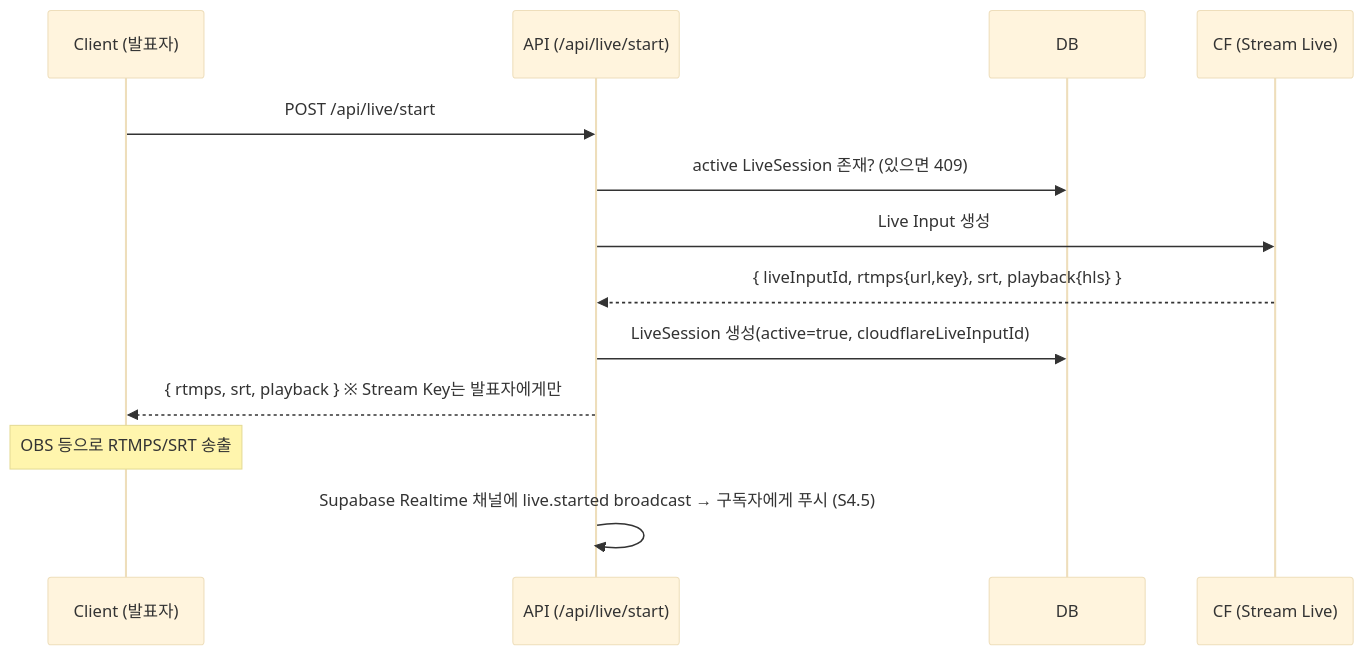
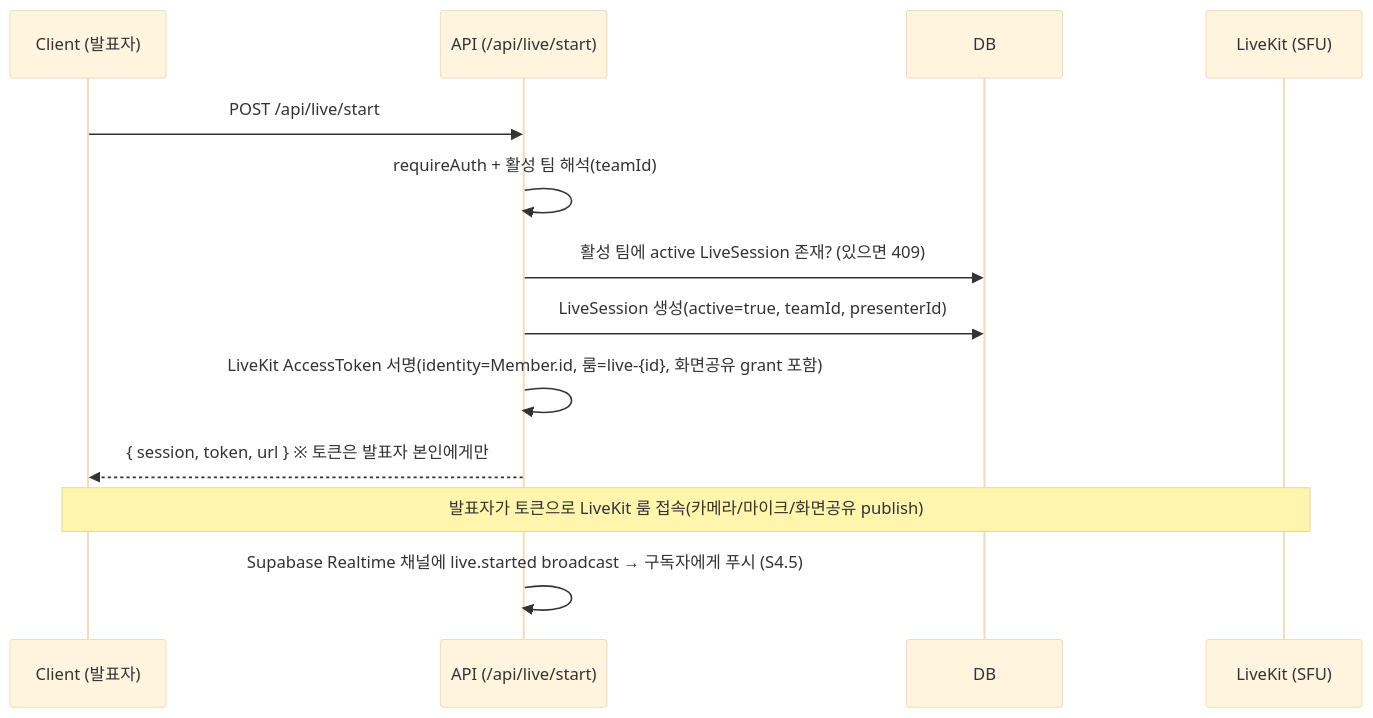
One commit to csm-kr/haparkchopaeng-workspace changed the third of 8 diagrams in docs/dev/SEQUENCE_DIAGRAM.md. Above: the diagram before and after it, drawn with Mermaid (base theme). The commit also changed other lines of this file and 18 other files, not shown here.

First line of the commit message:
docs: NEWS 탭 동기화 · LiveKit 정본화 · CLAUDE.md 작성

````diff
--- a/docs/dev/SEQUENCE_DIAGRAM.md
+++ b/docs/dev/SEQUENCE_DIAGRAM.md
@@ -67,15 +67,15 @@
 ```mermaid
 sequenceDiagram
   participant P as Client (발표자)
   participant A as API (/api/live/start)
   participant D as DB
-  participant C as CF (Stream Live)
+  participant LK as LiveKit (SFU)
   P->>A: POST /api/live/start
-  A->>D: active LiveSession 존재? (있으면 409)
-  A->>C: Live Input 생성
-  C-->>A: { liveInputId, rtmps{url,key}, srt, playback{hls} }
-  A->>D: LiveSession 생성(active=true, cloudflareLiveInputId)
-  A-->>P: { rtmps, srt, playback }  ※ Stream Key는 발표자에게만
-  Note over P: OBS 등으로 RTMPS/SRT 송출
+  A->>A: requireAuth + 활성 팀 해석(teamId)
+  A->>D: 활성 팀에 active LiveSession 존재? (있으면 409)
+  A->>D: LiveSession 생성(active=true, teamId, presenterId)
+  A->>A: LiveKit AccessToken 서명(identity=Member.id, 룸=live-{id}, 화면공유 grant 포함)
+  A-->>P: { session, token, url }  ※ 토큰은 발표자 본인에게만
+  Note over P,LK: 발표자가 토큰으로 LiveKit 룸 접속(카메라/마이크/화면공유 publish)
   A->>A: Supabase Realtime 채널에 live.started broadcast → 구독자에게 푸시 (S4.5)
 ```
````
